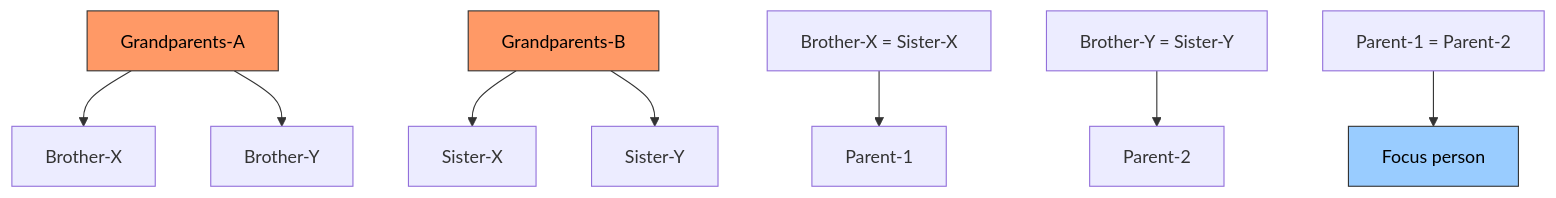
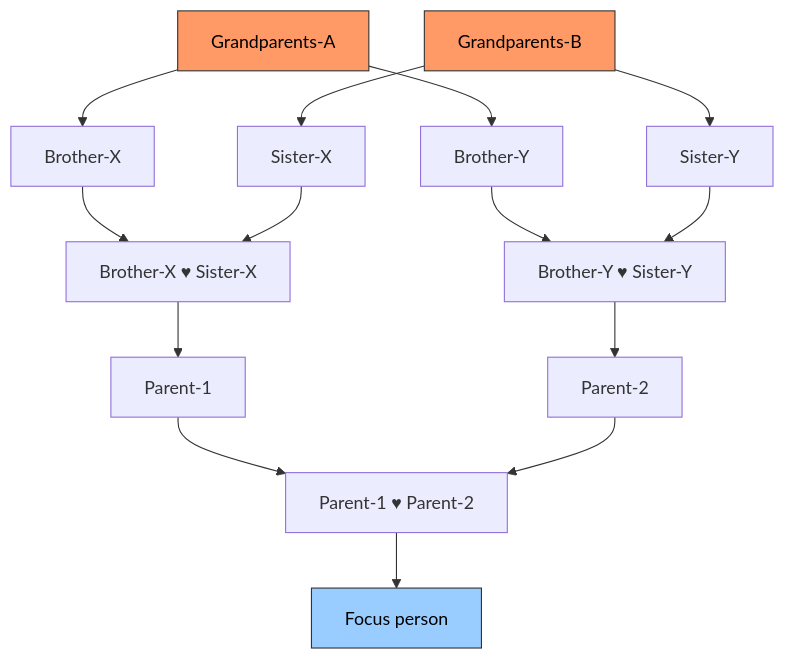
One commit to san650/ancestry changed the eighth of 13 diagrams in lib/ancestry/people/CLAUDE.md. Above: the diagram before and after it, drawn with Mermaid. The commit also changed other lines of this file, not shown here.

Commit message:
Improve the graphs

````diff
--- a/lib/ancestry/people/CLAUDE.md
+++ b/lib/ancestry/people/CLAUDE.md
@@ -211,19 +220,22 @@
 ```mermaid
-graph TD
+flowchart TD
     GPA["Grandparents-A"]
     GPB["Grandparents-B"]
     GPA --> BX["Brother-X"]
     GPA --> BY["Brother-Y"]
     GPB --> SX["Sister-X"]
     GPB --> SY["Sister-Y"]
-    CE["Brother-X = Sister-X"]
-    DF["Brother-Y = Sister-Y"]
+    BX --> CE["Brother-X ♥ Sister-X"]
+    SX --> CE
+    BY --> DF["Brother-Y ♥ Sister-Y"]
+    SY --> DF
     CE --> P1["Parent-1"]
     DF --> P2["Parent-2"]
-    ML["Parent-1 = Parent-2"]
+    P1 --> ML["Parent-1 ♥ Parent-2"]
+    P2 --> ML
     ML --> Focus["Focus person"]
 
     style GPA fill:#f96,stroke:#333,color:#000
     style GPB fill:#f96,stroke:#333,color:#000
     style Focus fill:#9cf,stroke:#333,color:#000
 ```
````
